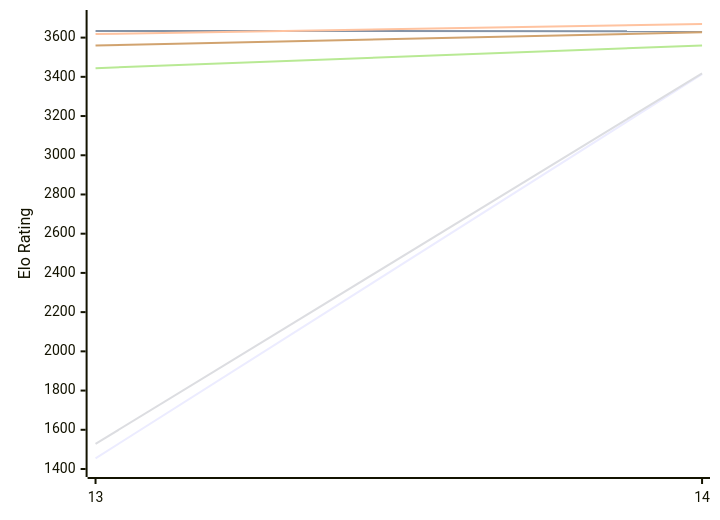
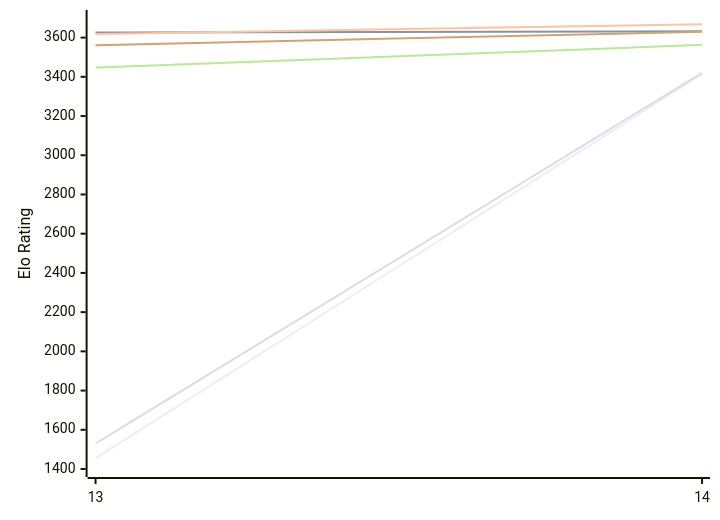
One commit to computer-chess-index/cci changed the first of 2 diagrams in engines/Berserk.md. Above: the diagram before and after it, drawn with Mermaid. The commit also changed other lines of this file, not shown here.

Commit message:
Update CCI Ratings (ELO VLTC) - 2026-11-24

````diff
--- a/engines/Berserk.md
+++ b/engines/Berserk.md
@@ -50,12 +50,12 @@
 ```mermaid
 %%{init: {"theme":"base","themeVariables":{"seriesColors:['#a3a3a3','#222221','#faa371']}}}%%
 xychart-beta
   x-axis ["13", "14"]
   y-axis "Elo Rating" 1400 --> 3700
-  line "E1: STC (8.0+0.08s)" [1454, 3414]
-  line "E1: LTC (60.0+0.60s)" [3634, 3632]
-  line "E1: VLTC (2m24s+1.12s)" [3618, 3669]
-  line "P1: STC (8.0+0.08s)" [1528, 3418]
-  line "P1: LTC (60.0+0.60s)" [3444, 3560]
-  line "P1: VLTC (2m24s+1.12s)" [3560, 3627]
+  line "E1: STC (8.0+0.08s)" [1455, 3414]
+  line "E1: LTC (60.0+0.60s)" [3626, 3632]
+  line "E1: VLTC (2m24s+1.12s)" [3618, 3668]
+  line "P1: STC (8.0+0.08s)" [1530, 3420]
+  line "P1: LTC (60.0+0.60s)" [3447, 3563]
+  line "P1: VLTC (2m24s+1.12s)" [3561, 3630]
 ```
````
